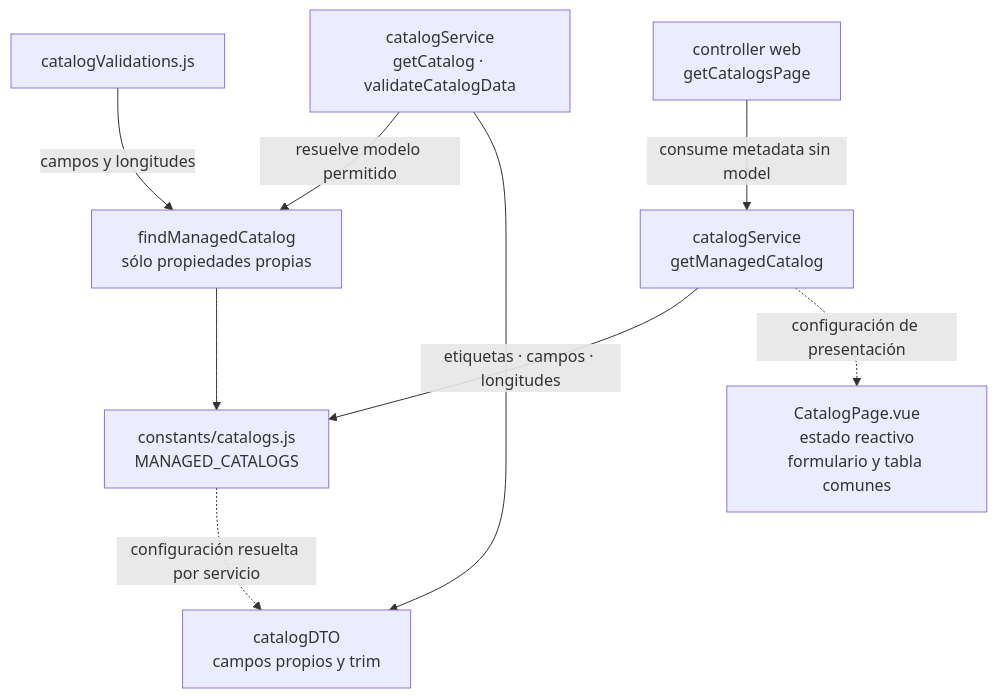
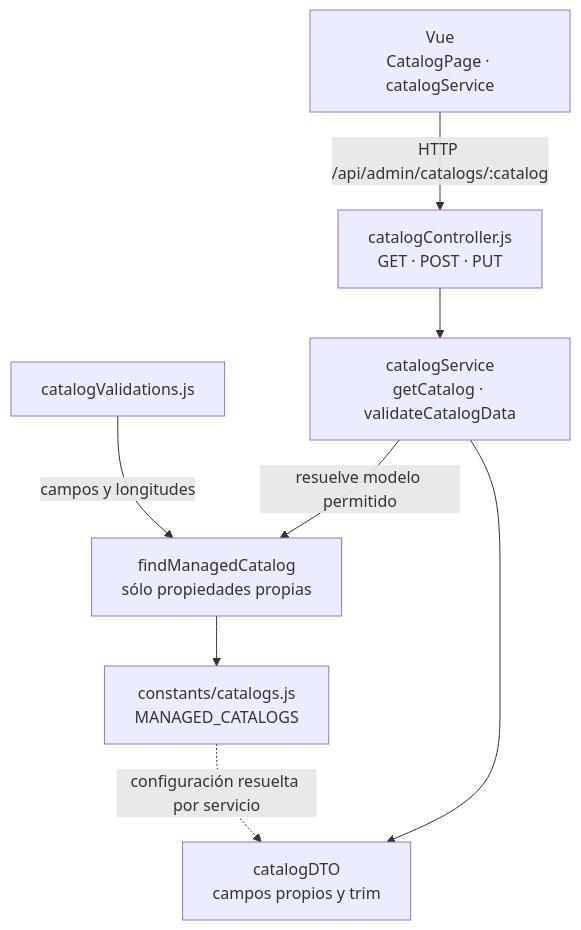
One commit to gpgsistemas01/nexus changed the diagram in back/docs/architecture/views/development/design-and-construction-patterns/08-catalog-registry-and-allowlist.md. Above: the diagram before and after it, drawn with Mermaid. The commit also changed other lines of this file and 135 other files, not shown here.

Commit message:
docs: align architecture and requirements diagrams

````diff
--- a/back/docs/architecture/views/development/design-and-construction-patterns/08-catalog-registry-and-allowlist.md
+++ b/back/docs/architecture/views/development/design-and-construction-patterns/08-catalog-registry-and-allowlist.md
@@ -24,12 +15,11 @@
 ```mermaid
 flowchart TB
     registry["constants/catalogs.js<br/>MANAGED_CATALOGS"]
     lookup["findManagedCatalog<br/>sólo propiedades propias"] --> registry
     validator["catalogValidations.js"] -->|campos y longitudes| lookup
     service["catalogService<br/>getCatalog · validateCatalogData"] -->|resuelve modelo permitido| lookup
     service --> dto["catalogDTO<br/>campos propios y trim"]
     registry -.->|configuración resuelta por servicio| dto
-    metadata["catalogService<br/>getManagedCatalog"] -->|etiquetas · campos · longitudes| registry
-    web["controller web<br/>getCatalogsPage"] -->|consume metadata sin model| metadata
-    metadata -.->|configuración de presentación| view["CatalogPage.vue<br/>estado reactivo<br/>formulario y tabla comunes"]
+    catalogApi["catalogController.js<br/>GET · POST · PUT"] --> service
+    view["Vue<br/>CatalogPage · catalogService"] -->|HTTP /api/admin/catalogs/:catalog| catalogApi
 ```
````
